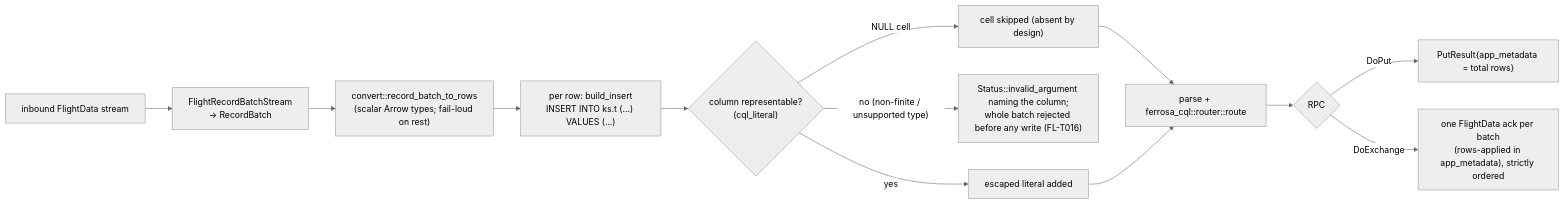
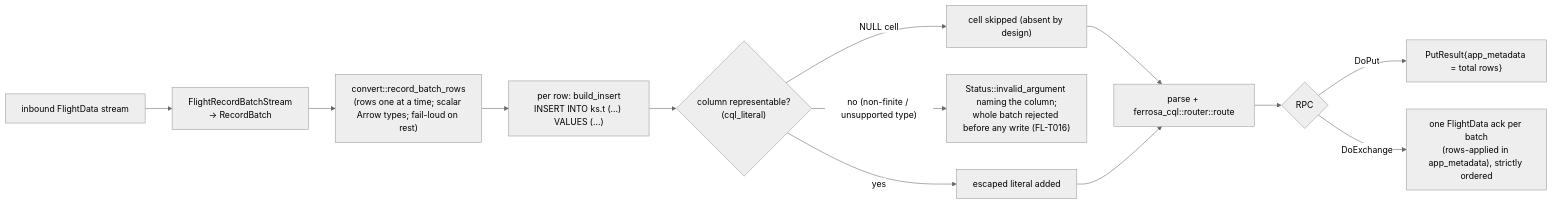
One commit to ferrosadb/ferrosa changed the third of 3 diagrams in ferrosa-flight/specs/data-flow.md. Above: the diagram before and after it, drawn with Mermaid (neutral theme). The commit also changed 5 other files, not shown here.

First line of the commit message:
fix(flight): build Arrow arrays from borrowed values and yield DoPut rows one at a time

````diff
--- a/ferrosa-flight/specs/data-flow.md
+++ b/ferrosa-flight/specs/data-flow.md
@@ -79,15 +79,15 @@
 ```mermaid
 flowchart LR
     A["inbound FlightData stream"] --> B["FlightRecordBatchStream<br/>-> RecordBatch"]
-    B --> C["convert::record_batch_to_rows<br/>(scalar Arrow types; fail-loud on rest)"]
+    B --> C["convert::record_batch_rows<br/>(rows one at a time; scalar Arrow types; fail-loud on rest)"]
     C --> D["per row: build_insert<br/>INSERT INTO ks.t (...) VALUES (...)"]
     D --> E{"column representable?<br/>(cql_literal)"}
     E -- "NULL cell" --> F["cell skipped (absent by design)"]
     E -- "no (non-finite / unsupported type)" --> X["Status::invalid_argument naming the column;<br/>whole batch rejected before any write (FL-T016)"]
     E -- "yes" --> G["escaped literal added"]
     F --> H["parse + ferrosa_cql::router::route"]
     G --> H
     H --> I{"RPC"}
     I -- "DoPut" --> J["PutResult{app_metadata = total rows}"]
     I -- "DoExchange" --> K["one FlightData ack per batch<br/>(rows-applied in app_metadata), strictly ordered"]
 ```
````
